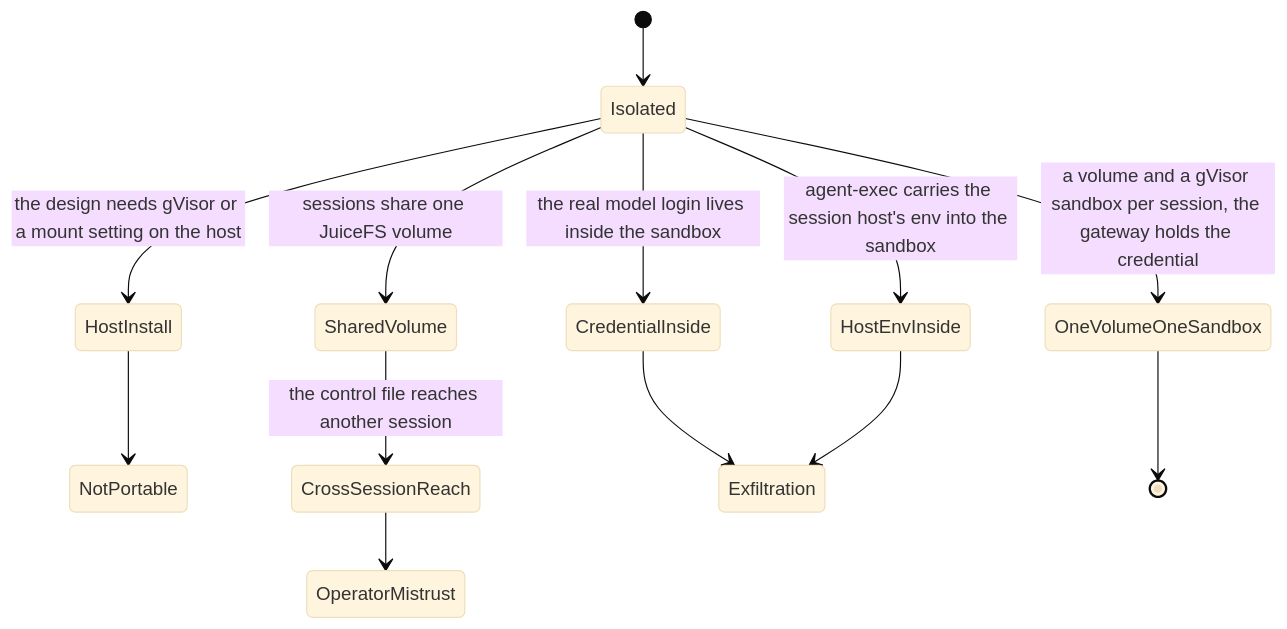
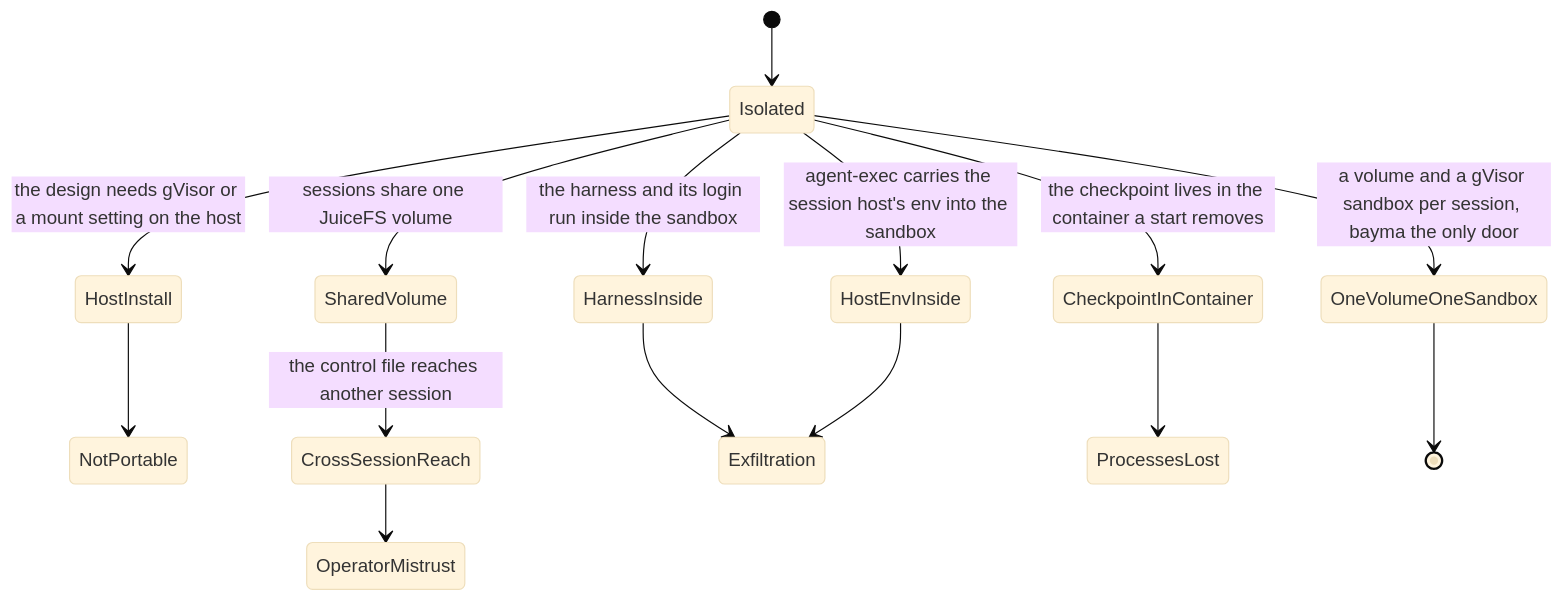
The third of 3 diagrams in sandbox/README.md (eaucoin/alasio), drawn with Mermaid (base theme) before and after one commit. The commit also changed other lines of this file and 51 other files, not shown here.

````diff
--- a/sandbox/README.md
+++ b/sandbox/README.md
@@ -38,15 +44,17 @@
 ```mermaid
 stateDiagram-v2
   [*] --> Isolated
   Isolated --> HostInstall: the design needs gVisor or a mount setting on the host
   HostInstall --> NotPortable
   Isolated --> SharedVolume: sessions share one JuiceFS volume
   SharedVolume --> CrossSessionReach: the control file reaches another session
   CrossSessionReach --> OperatorMistrust
-  Isolated --> CredentialInside: the real model login lives inside the sandbox
-  CredentialInside --> Exfiltration
+  Isolated --> HarnessInside: the harness and its login run inside the sandbox
+  HarnessInside --> Exfiltration
   Isolated --> HostEnvInside: agent-exec carries the session host's env into the sandbox
   HostEnvInside --> Exfiltration
-  Isolated --> OneVolumeOneSandbox: a volume and a gVisor sandbox per session, the gateway holds the credential
+  Isolated --> CheckpointInContainer: the checkpoint lives in the container a start removes
+  CheckpointInContainer --> ProcessesLost
+  Isolated --> OneVolumeOneSandbox: a volume and a gVisor sandbox per session, bayma the only door
   OneVolumeOneSandbox --> [*]
 ```
````
